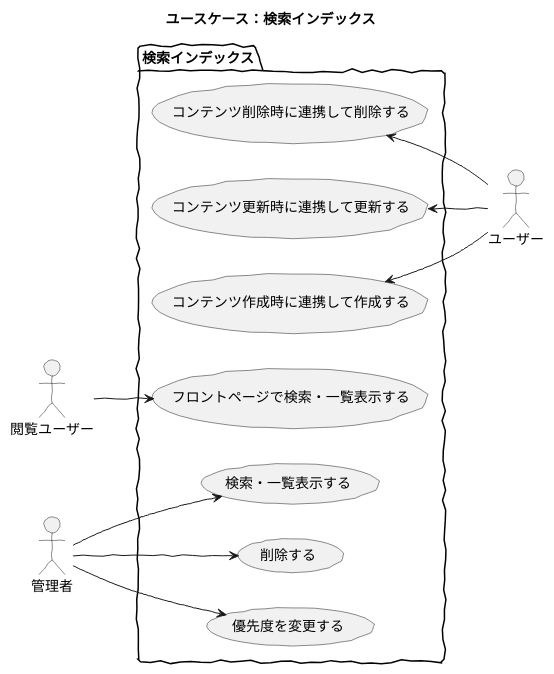
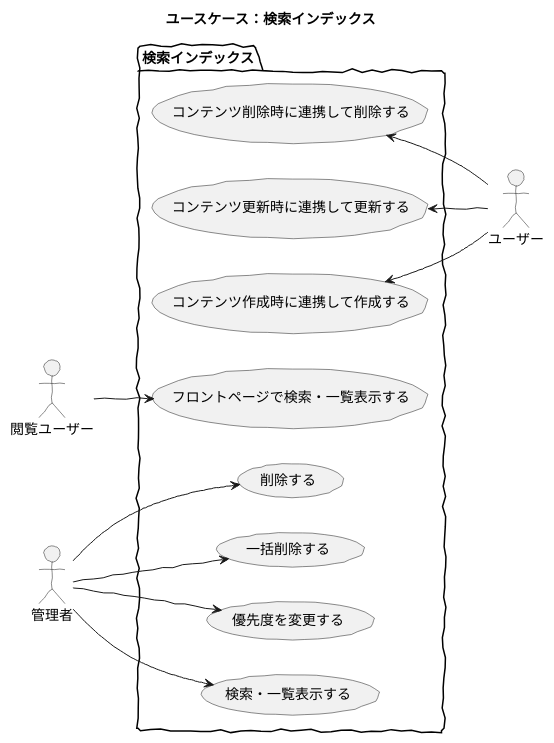
Before and after one commit to baserproject/baserproject.github.io: the diagram in src/puml/5/ucmitz/svg/use_case/search_indexes.puml, drawn with PlantUML. The commit also changed 4 other files, not shown here.

```diff
--- a/src/puml/5/ucmitz/svg/use_case/search_indexes.puml
+++ b/src/puml/5/ucmitz/svg/use_case/search_indexes.puml
@@ -1,24 +1,25 @@
 @startuml
 
 skinparam handwritten true
 skinparam backgroundColor white
 
 title ユースケース：検索インデックス
 
 actor 閲覧ユーザー
 actor ユーザー
 actor 管理者
 
 package 検索インデックス {
 	left to right direction
 	ユーザー -up-> (コンテンツ作成時に連携して作成する)
 	ユーザー -up-> (コンテンツ更新時に連携して更新する)
 	ユーザー -up-> (コンテンツ削除時に連携して削除する)
 	管理者 -down-> (検索・一覧表示する)
 	管理者 -down-> (削除する)
+	管理者 -down-> (一括削除する)
 	管理者 -down-> (優先度を変更する)
 	閲覧ユーザー -down-> (フロントページで検索・一覧表示する)
 }
 
 
 @enduml
```
